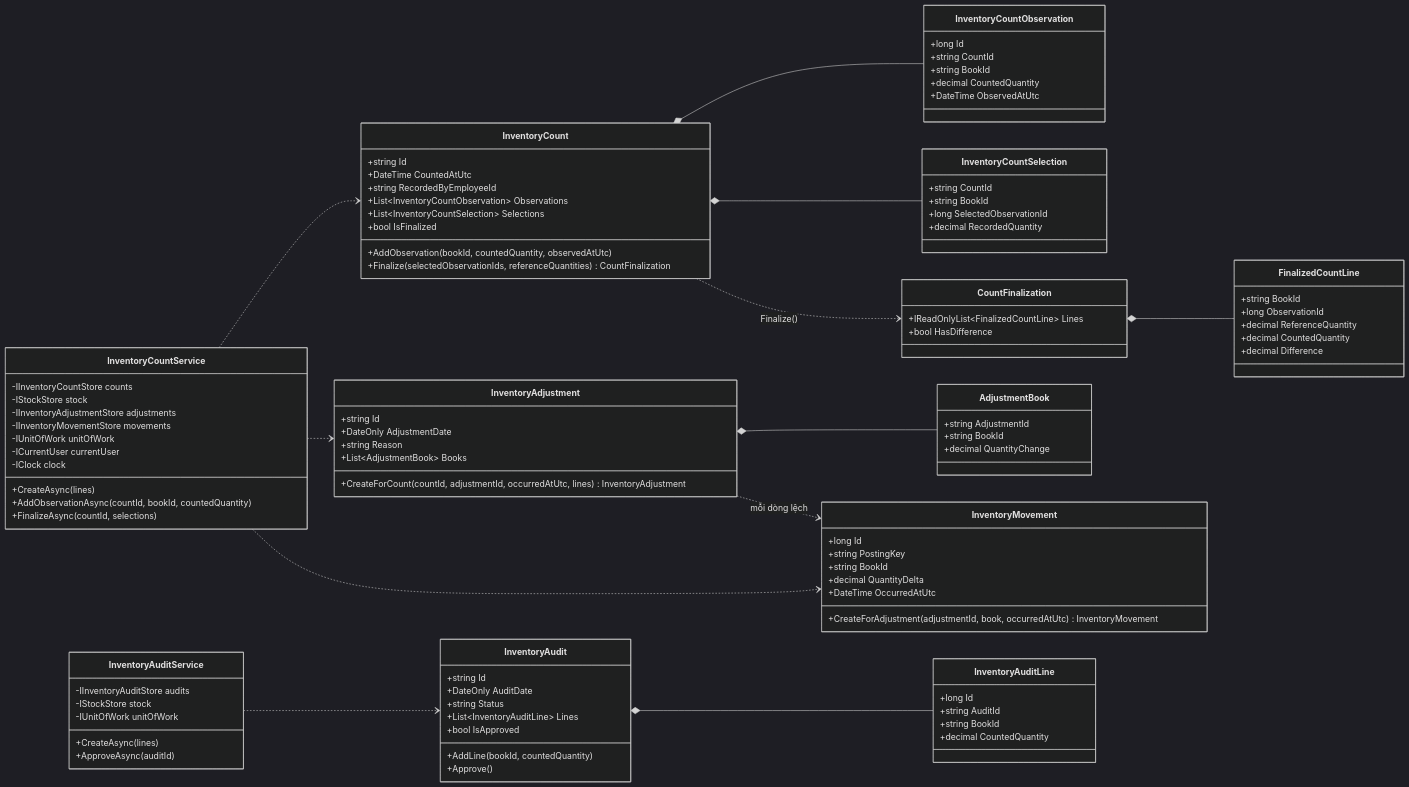
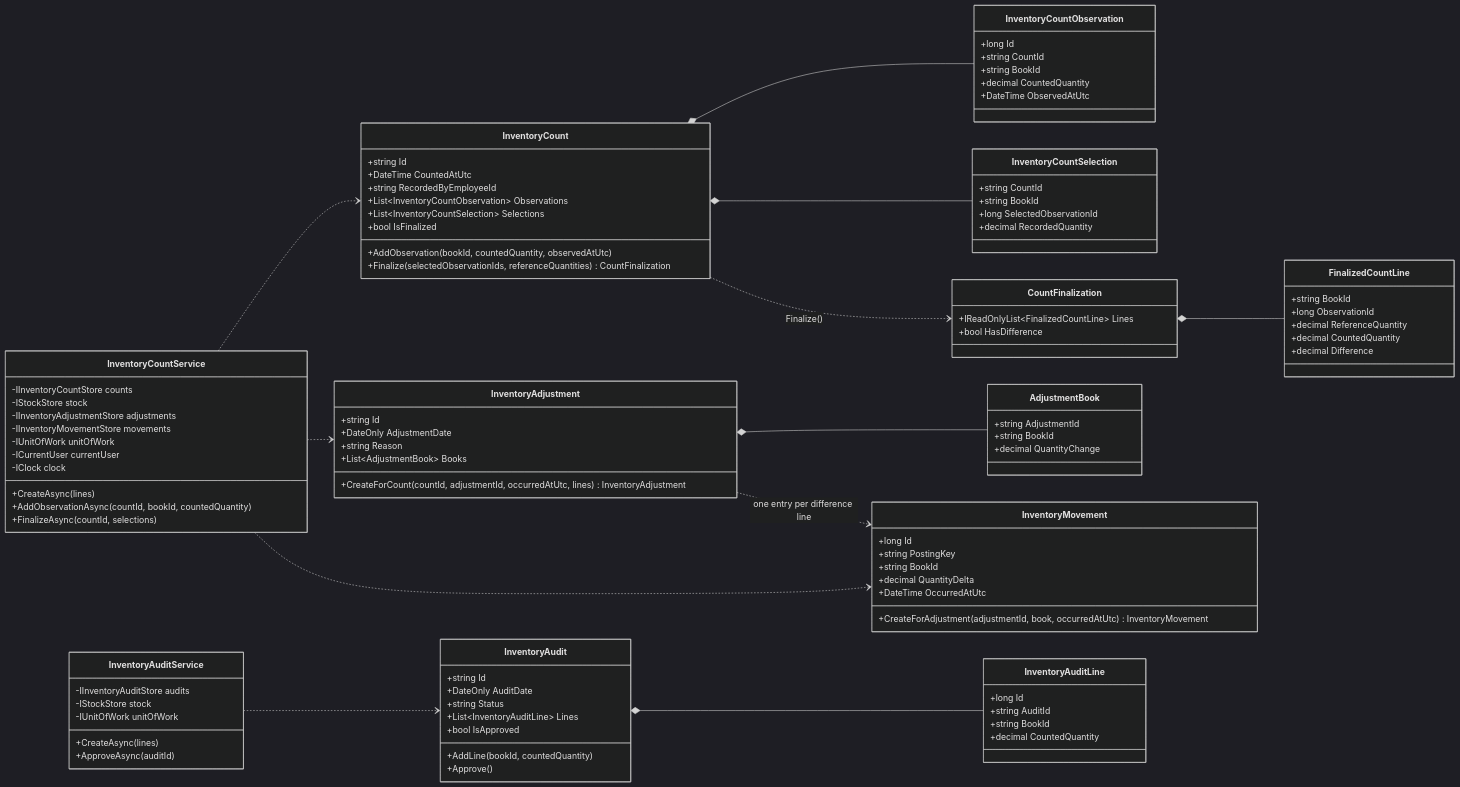
One commit to swd392-group-1/swd392-sales-management-system changed the first of 3 diagrams in README.md. Above: the diagram before and after it, drawn with Mermaid (dark theme). The commit also changed other lines of this file and 12 other files, not shown here.

First line of the commit message:
Translate diagrams to English and drop sequence notes

```diff
--- a/README.md
+++ b/README.md
@@ -196,7 +196,7 @@
     InventoryCount ..> CountFinalization : Finalize()
     CountFinalization *-- FinalizedCountLine
     InventoryAdjustment *-- AdjustmentBook
-    InventoryAdjustment ..> InventoryMovement : mỗi dòng lệch
+    InventoryAdjustment ..> InventoryMovement : one entry per difference line
     InventoryAudit *-- InventoryAuditLine
 
     class InventoryCountService {
```
